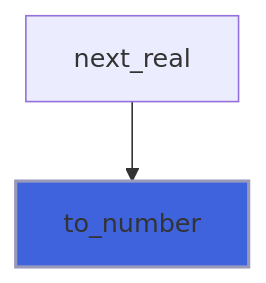
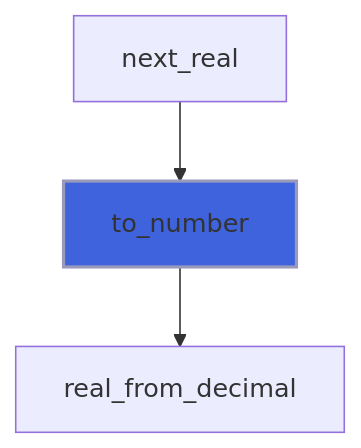
One commit to szaghi/foresight changed diagram 35 of 35 in docs/api/src/lib/foresight_script.md. Above: the diagram before and after it, drawn with Mermaid. The commit also changed other lines of this file and 97 other files, not shown here.

````diff
--- a/docs/api/src/lib/foresight_script.md
+++ b/docs/api/src/lib/foresight_script.md
@@ -1004,5 +1192,6 @@
 ```mermaid
 flowchart TD
   next_real["next_real"] --> to_number["to_number"]
+  to_number["to_number"] --> real_from_decimal["real_from_decimal"]
   style to_number fill:#3e63dd,stroke:#99b,stroke-width:2px
 ```
````
